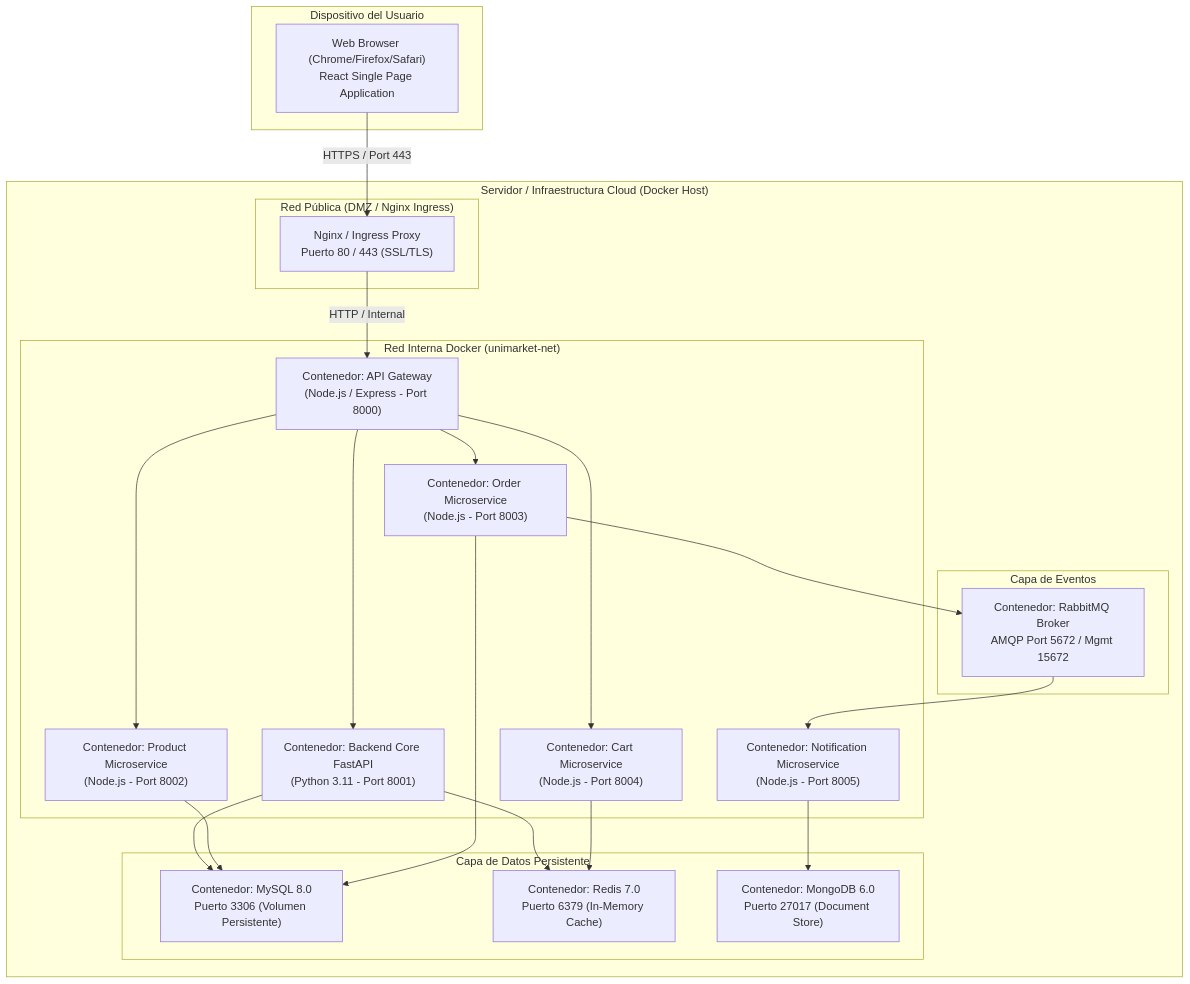
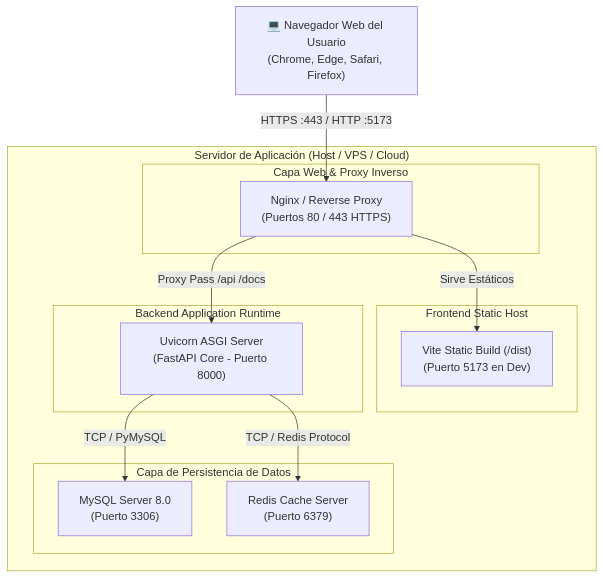
One commit to valerypena/proyectosena changed the seventh of 9 diagrams in docs/UML_DIAGRAMS.md. Above: the diagram before and after it, drawn with Mermaid. The commit also changed other lines of this file and 10 other files, not shown here.

````diff
--- a/docs/UML_DIAGRAMS.md
+++ b/docs/UML_DIAGRAMS.md
@@ -453,51 +432,30 @@
 ```mermaid
 graph TB
-    subgraph ClientDevice [" Dispositivo del Usuario "]
-        Browser[" Web Browser (Chrome/Firefox/Safari)\nReact Single Page Application"]
-    end
+    ClientBrowser["💻 Navegador Web del Usuario\n(Chrome, Edge, Safari, Firefox)"]
 
-    subgraph CloudInfra [" Servidor / Infraestructura Cloud (Docker Host) "]
-        subgraph PublicNet [" Red Pública (DMZ / Nginx Ingress) "]
-            Proxy[" Nginx / Ingress Proxy\nPuerto 80 / 443 (SSL/TLS) "]
+    subgraph HostServer ["Servidor de Aplicación (Host / VPS / Cloud)"]
+        subgraph WebLayer ["Capa Web & Proxy Inverso"]
+            Nginx["Nginx / Reverse Proxy\n(Puertos 80 / 443 HTTPS)"]
         end
 
-        subgraph AppNet [" Red Interna Docker (unimarket-net) "]
-            APIGW[" Contenedor: API Gateway\n(Node.js / Express - Port 8000) "]
-            FastAPI[" Contenedor: Backend Core FastAPI\n(Python 3.11 - Port 8001) "]
-            SvcProd[" Contenedor: Product Microservice\n(Node.js - Port 8002) "]
-            SvcOrder[" Contenedor: Order Microservice\n(Node.js - Port 8003) "]
-            SvcCart[" Contenedor: Cart Microservice\n(Node.js - Port 8004) "]
-            SvcNotif[" Contenedor: Notification Microservice\n(Node.js - Port 8005) "]
+        subgraph ClientApp ["Frontend Static Host"]
+            ViteDist["Vite Static Build (/dist)\n(Puerto 5173 en Dev)"]
         end
 
-        subgraph EventLayer [" Capa de Eventos "]
-            RabbitMQ[" Contenedor: RabbitMQ Broker\nAMQP Port 5672 / Mgmt 15672 "]
+        subgraph APILayer ["Backend Application Runtime"]
+            FastAPIApp["Uvicorn ASGI Server\n(FastAPI Core - Puerto 8000)"]
         end
 
-        subgraph DataLayer [" Capa de Datos Persistente "]
-            MySQLNode[" Contenedor: MySQL 8.0\nPuerto 3306 (Volumen Persistente) "]
-            RedisNode[" Contenedor: Redis 7.0\nPuerto 6379 (In-Memory Cache) "]
-            MongoNode[" Contenedor: MongoDB 6.0\nPuerto 27017 (Document Store) "]
+        subgraph DataLayer ["Capa de Persistencia de Datos"]
+            MySQLService["MySQL Server 8.0\n(Puerto 3306)"]
+            RedisService["Redis Cache Server\n(Puerto 6379)"]
         end
     end
 
-    %% Flujo de Conexiones
-    Browser -->|HTTPS / Port 443| Proxy
-    Proxy -->|HTTP / Internal| APIGW
-
-    APIGW --> FastAPI
-    APIGW --> SvcProd
-    APIGW --> SvcOrder
-    APIGW --> SvcCart
-
-    FastAPI --> MySQLNode
-    FastAPI --> RedisNode
-
-    SvcProd --> MySQLNode
-    SvcOrder --> MySQLNode
-    SvcOrder --> RabbitMQ
-    SvcCart --> RedisNode
-    
-    RabbitMQ --> SvcNotif
-    SvcNotif --> MongoNode
+    %% Enlaces
+    ClientBrowser -->|HTTPS :443 / HTTP :5173| Nginx
+    Nginx -->|Sirve Estáticos| ViteDist
+    Nginx -->|Proxy Pass /api /docs| FastAPIApp
+    FastAPIApp -->|TCP / PyMySQL| MySQLService
+    FastAPIApp -->|TCP / Redis Protocol| RedisService
 ```
````
